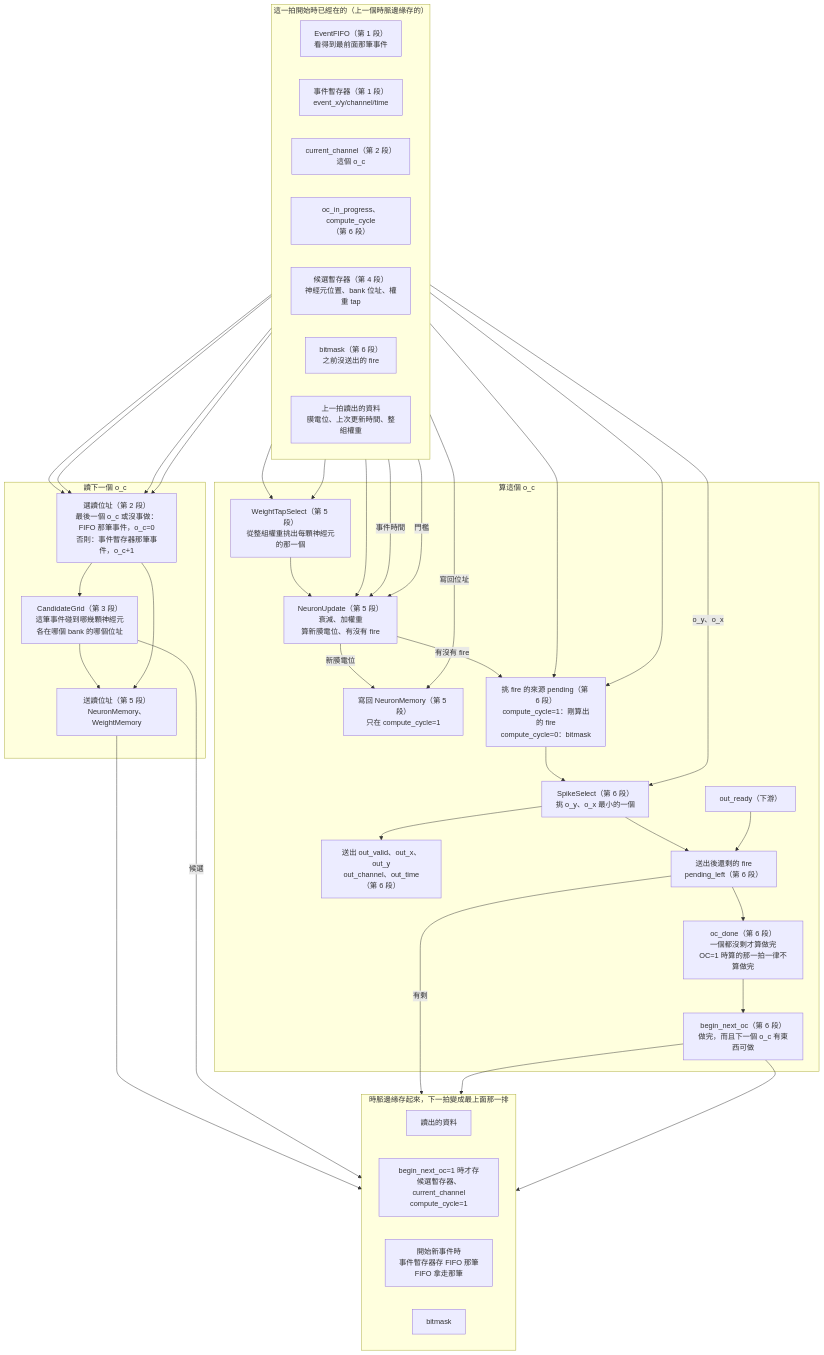
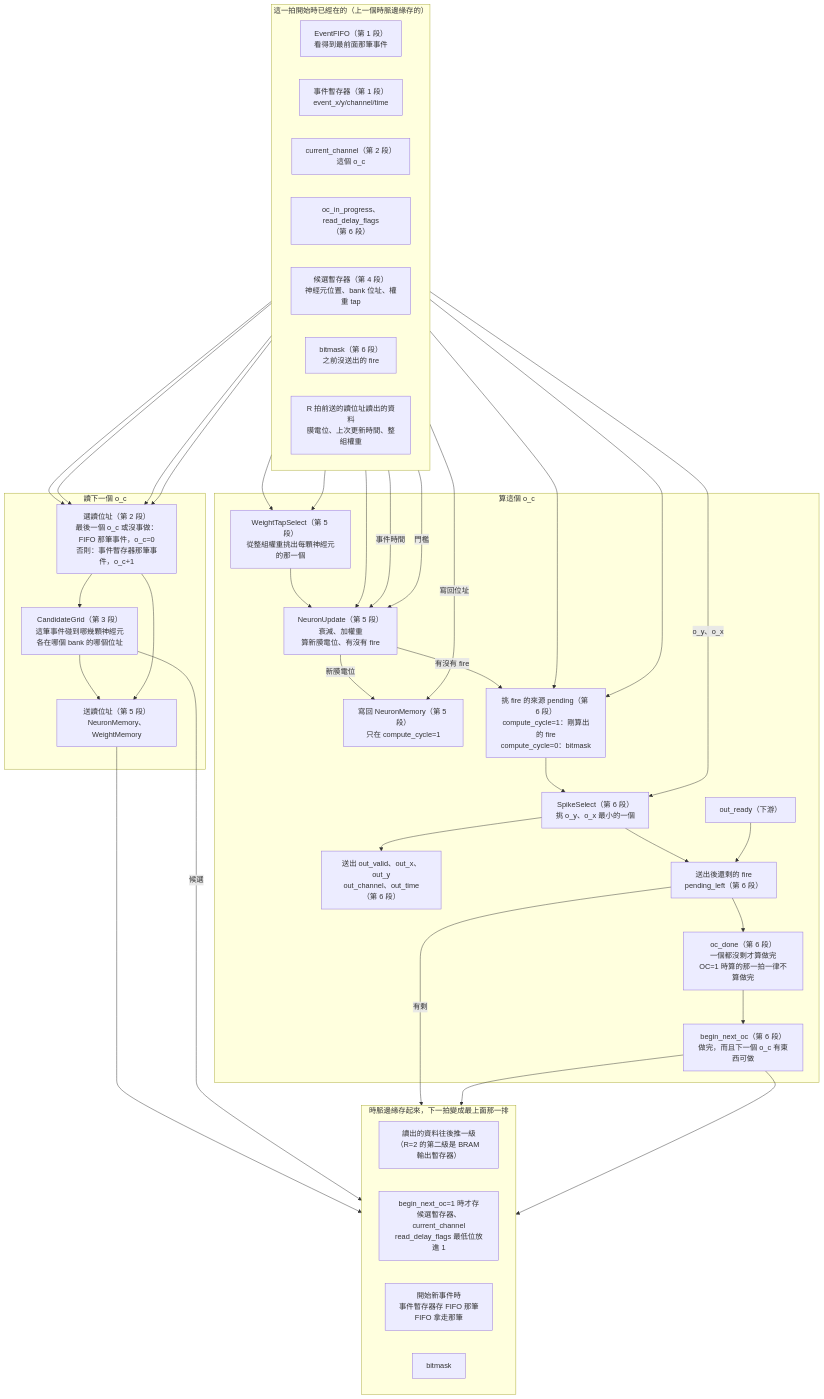
The diagram in docs/SNN/Concept/Layer-RTL/Conv-image/SaltConvDataflow.md (Salt-Shio/SALT-FPGA), drawn with Mermaid before and after one commit. The commit also changed other lines of this file and 4 other files, not shown here.

First line of the commit message:
Part 8.2 讀取延遲 R:文件補齊(TODO、Conv.md 5.5、狀態圖、資料流程圖)

````diff
--- a/docs/SNN/Concept/Layer-RTL/Conv-image/SaltConvDataflow.md
+++ b/docs/SNN/Concept/Layer-RTL/Conv-image/SaltConvDataflow.md
@@ -24,72 +25,72 @@
 ```mermaid
 flowchart TD
     subgraph NOW["這一拍開始時已經在的（上一個時脈邊緣存的）"]
         direction LR
         FIFO["EventFIFO（第 1 段）<br/>看得到最前面那筆事件"]
         EVREG["事件暫存器（第 1 段）<br/>event_x/y/channel/time"]
         CUR["current_channel（第 2 段）<br/>這個 o_c"]
-        CTRL["oc_in_progress、compute_cycle<br/>（第 6 段）"]
+        CTRL["oc_in_progress、read_delay_flags<br/>（第 6 段）"]
         CAND["候選暫存器（第 4 段）<br/>神經元位置、bank 位址、權重 tap"]
         BM["bitmask（第 6 段）<br/>之前沒送出的 fire"]
-        RDATA["上一拍讀出的資料<br/>膜電位、上次更新時間、整組權重"]
+        RDATA["R 拍前送的讀位址讀出的資料<br/>膜電位、上次更新時間、整組權重"]
     end
 
     subgraph READ["讀下一個 o_c"]
         ADDR["選讀位址（第 2 段）<br/>最後一個 o_c 或沒事做：FIFO 那筆事件，o_c=0<br/>否則：事件暫存器那筆事件，o_c+1"]
         GRID["CandidateGrid（第 3 段）<br/>這筆事件碰到哪幾顆神經元<br/>各在哪個 bank 的哪個位址"]
         RDREQ["送讀位址（第 5 段）<br/>NeuronMemory、WeightMemory"]
     end
 
     subgraph CALC["算這個 o_c"]
         TAP["WeightTapSelect（第 5 段）<br/>從整組權重挑出每顆神經元的那一個"]
         UPD["NeuronUpdate（第 5 段）<br/>衰減、加權重<br/>算新膜電位、有沒有 fire"]
         WB["寫回 NeuronMemory（第 5 段）<br/>只在 compute_cycle=1"]
         PEND["挑 fire 的來源 pending（第 6 段）<br/>compute_cycle=1：剛算出的 fire<br/>compute_cycle=0：bitmask"]
         SS["SpikeSelect（第 6 段）<br/>挑 o_y、o_x 最小的一個"]
         OUT["送出 out_valid、out_x、out_y<br/>out_channel、out_time（第 6 段）"]
         READY["out_ready（下游）"]
         LEFT["送出後還剩的 fire<br/>pending_left（第 6 段）"]
         DONE["oc_done（第 6 段）<br/>一個都沒剩才算做完<br/>OC=1 時算的那一拍一律不算做完"]
         BEGIN["begin_next_oc（第 6 段）<br/>做完，而且下一個 o_c 有東西可做"]
     end
 
     subgraph NEXT["時脈邊緣存起來，下一拍變成最上面那一排"]
         direction LR
-        N_RDATA["讀出的資料"]
-        N_REGS["begin_next_oc=1 時才存<br/>候選暫存器、current_channel<br/>compute_cycle=1"]
+        N_RDATA["讀出的資料往後推一級<br/>（R=2 的第二級是 BRAM 輸出暫存器）"]
+        N_REGS["begin_next_oc=1 時才存<br/>候選暫存器、current_channel<br/>read_delay_flags 最低位放進 1"]
         N_EV["開始新事件時<br/>事件暫存器存 FIFO 那筆<br/>FIFO 拿走那筆"]
         N_BM["bitmask"]
     end
 
     FIFO --> ADDR
     EVREG --> ADDR
     CUR --> ADDR
     CTRL --> ADDR
     ADDR --> GRID
     GRID --> RDREQ
     ADDR --> RDREQ
     RDREQ --> N_RDATA
     GRID -->|"候選"| N_REGS
 
     RDATA --> TAP
     CAND --> TAP
     TAP --> UPD
     RDATA --> UPD
     EVREG -->|"事件時間"| UPD
     CUR -->|"門檻"| UPD
     UPD -->|"新膜電位"| WB
     CAND -->|"寫回位址"| WB
     UPD -->|"有沒有 fire"| PEND
     BM --> PEND
     CTRL --> PEND
     PEND --> SS
     CAND -->|"o_y、o_x"| SS
     SS --> OUT
     SS --> LEFT
     READY --> LEFT
     LEFT -->|"有剩"| N_BM
     LEFT --> DONE
     DONE --> BEGIN
     BEGIN --> N_REGS
     BEGIN --> N_EV
 ```
````
